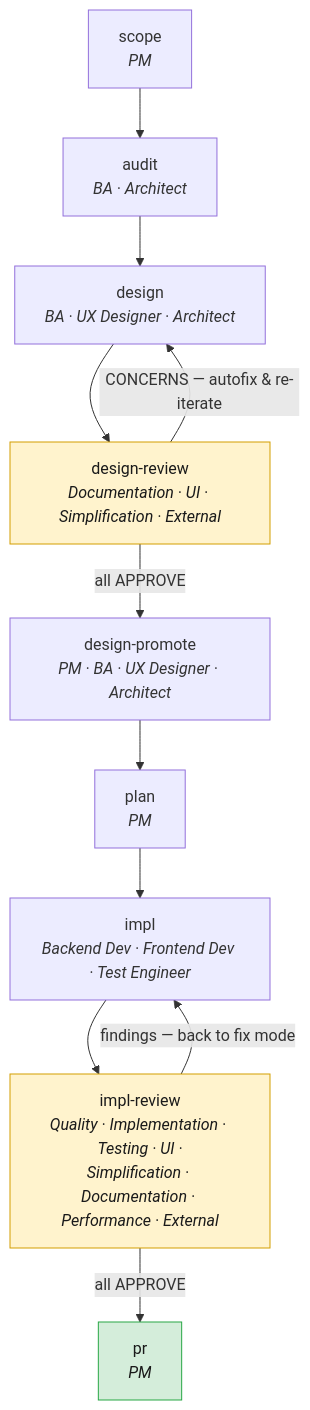
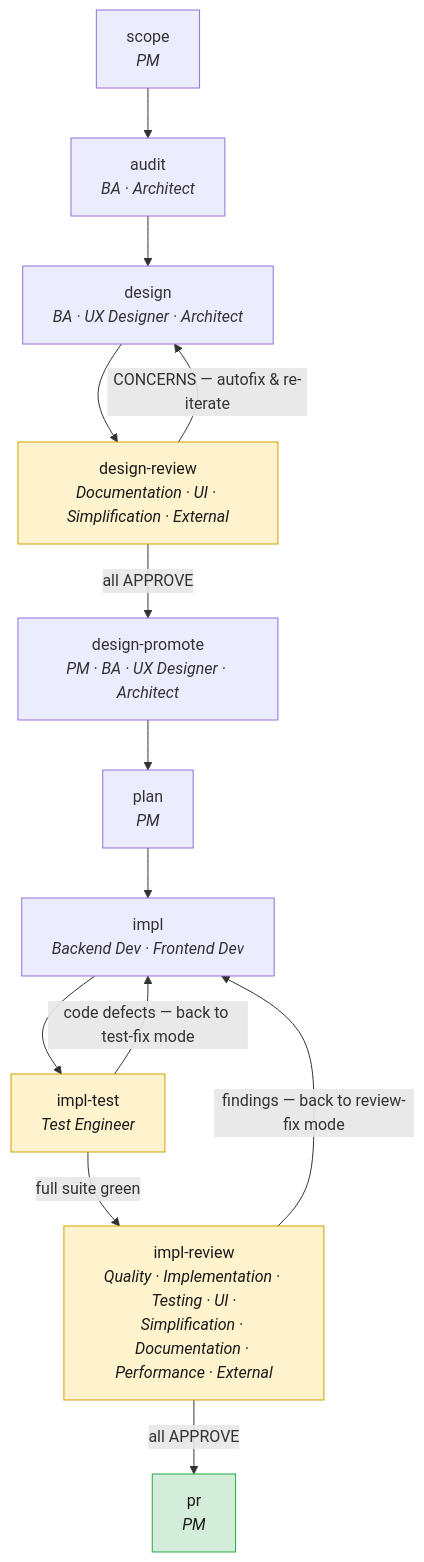
The diagram in README.md (LordKuper/agentic-software-development), drawn with Mermaid before and after one commit. The commit also changed other lines of this file and 26 other files, not shown here.

First line of the commit message:
feat: add impl-test phase, drop stop hook

````diff
--- a/README.md
+++ b/README.md
@@ -112,18 +112,20 @@
 ```mermaid
 flowchart TD
     scope["scope<br/><i>PM</i>"] --> audit["audit<br/><i>BA · Architect</i>"]
     audit --> design["design<br/><i>BA · UX Designer · Architect</i>"]
     design --> dreview["design-review<br/><i>Documentation · UI · Simplification · External</i>"]
     dreview -->|CONCERNS — autofix & re-iterate| design
     dreview -->|all APPROVE| dpromote["design-promote<br/><i>PM · BA · UX Designer · Architect</i>"]
     dpromote --> plan["plan<br/><i>PM</i>"]
-    plan --> impl["impl<br/><i>Backend Dev · Frontend Dev · Test Engineer</i>"]
-    impl --> ireview["impl-review<br/><i>Quality · Implementation · Testing · UI ·<br/>Simplification · Documentation · Performance · External</i>"]
-    ireview -->|findings — back to fix mode| impl
+    plan --> impl["impl<br/><i>Backend Dev · Frontend Dev</i>"]
+    impl --> itest["impl-test<br/><i>Test Engineer</i>"]
+    itest -->|code defects — back to test-fix mode| impl
+    itest -->|full suite green| ireview["impl-review<br/><i>Quality · Implementation · Testing · UI ·<br/>Simplification · Documentation · Performance · External</i>"]
+    ireview -->|findings — back to review-fix mode| impl
     ireview -->|all APPROVE| pr["pr<br/><i>PM</i>"]
 
     classDef review fill:#fff3cd,stroke:#d39e00,color:#1a1a1a;
     classDef done fill:#d4edda,stroke:#28a745,color:#1a1a1a;
-    class dreview,ireview review;
+    class dreview,ireview,itest review;
     class pr done;
 ```
````
